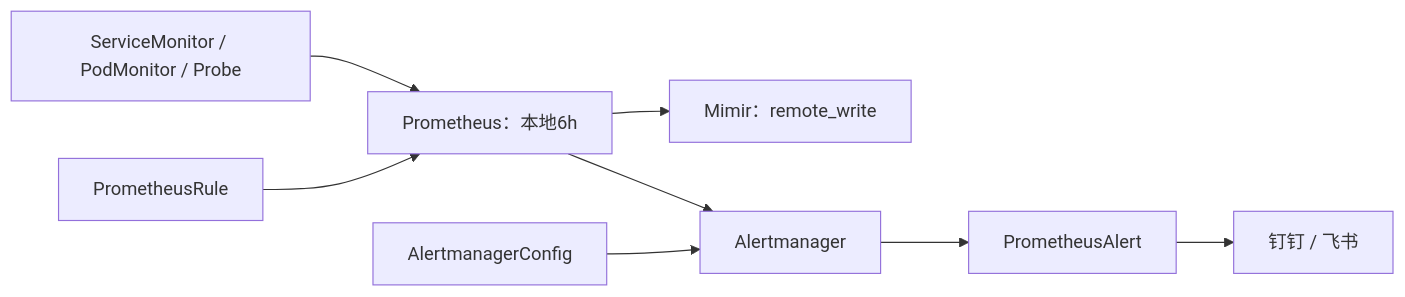
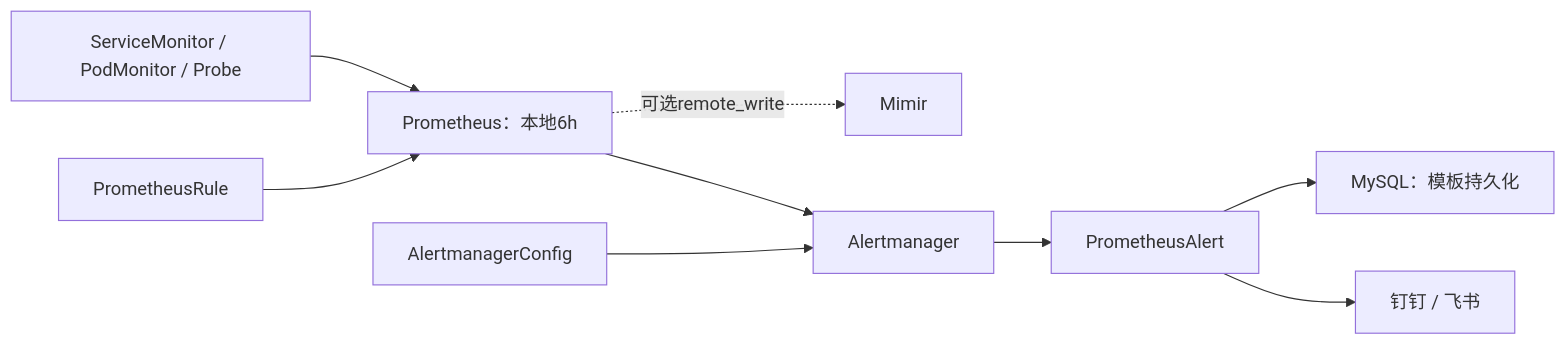
The diagram in README.md (sxxpqp/k8s-alerting-stack), drawn with Mermaid before and after one commit. The commit also changed other lines of this file and 16 other files, not shown here.

````diff
--- a/README.md
+++ b/README.md
@@ -13,10 +15,11 @@
 ```mermaid
 flowchart LR
   CR[ServiceMonitor / PodMonitor / Probe] --> P[Prometheus：本地6h]
   RULE[PrometheusRule] --> P
-  P --> M[Mimir：remote_write]
+  P -. 可选remote_write .-> M[Mimir]
   P --> AM[Alertmanager]
   ROUTE[AlertmanagerConfig] --> AM
   AM --> PA[PrometheusAlert]
+  PA --> DB[MySQL：模板持久化]
   PA --> CHAT[钉钉 / 飞书]
 ```
````
